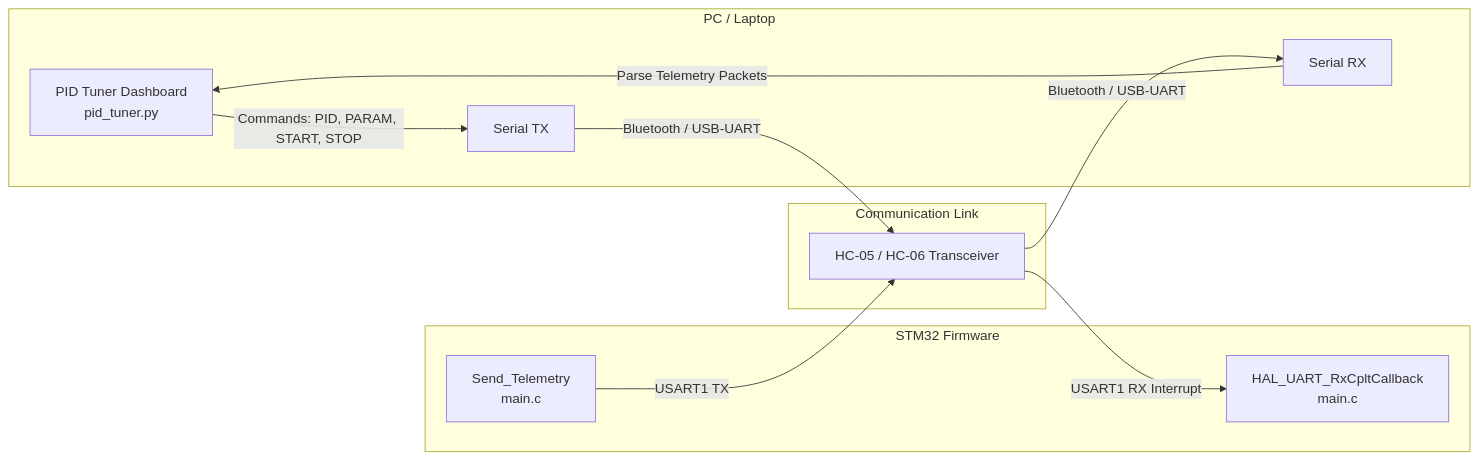
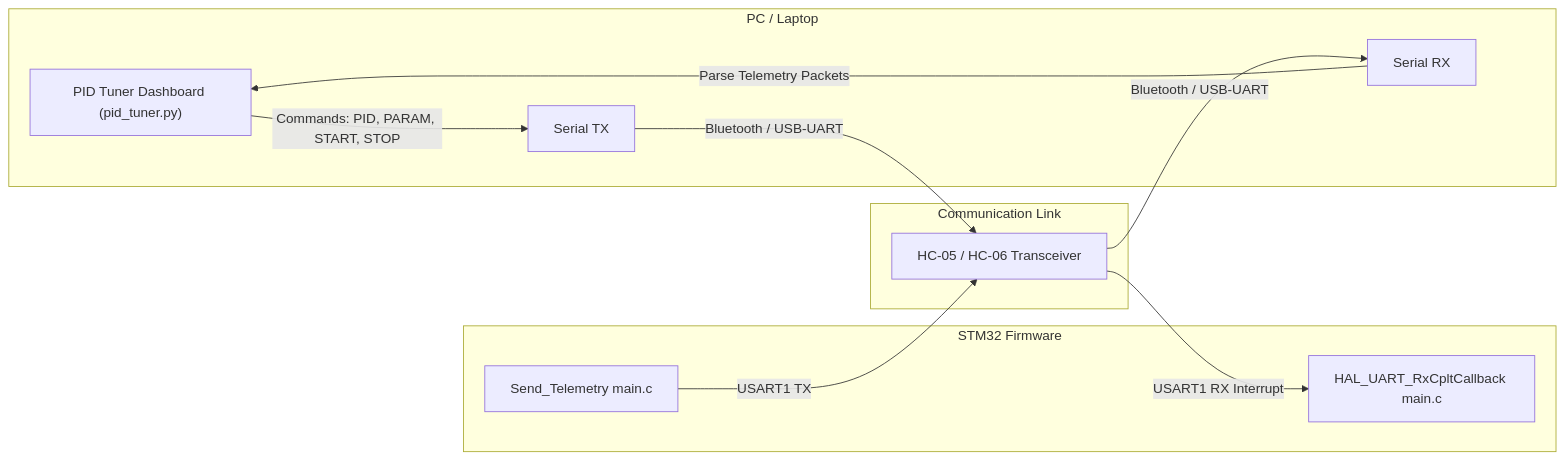
The first of 2 diagrams in docs/pid_tuner.md (git-jaishnu/line_follower), drawn with Mermaid before and after one commit. The commit also changed other lines of this file and 6 other files, not shown here.

````diff
--- a/docs/pid_tuner.md
+++ b/docs/pid_tuner.md
@@ -28,18 +28,18 @@
 ```mermaid
 flowchart LR
-    subgraph PC / Laptop
-        GUI[PID Tuner Dashboard\npid_tuner.py]
+    subgraph "PC / Laptop"
+        GUI["PID Tuner Dashboard (pid_tuner.py)"]
         GUI -->|Commands: PID, PARAM, START, STOP| SER_OUT[Serial TX]
         SER_IN[Serial RX] -->|Parse Telemetry Packets| GUI
     end
 
-    subgraph Communication Link
+    subgraph "Communication Link"
         SER_OUT -->|Bluetooth / USB-UART| BT_HW[HC-05 / HC-06 Transceiver]
         BT_HW -->|Bluetooth / USB-UART| SER_IN
     end
 
-    subgraph STM32 Firmware
-        BT_HW -->|USART1 RX Interrupt| RX_ISR[HAL_UART_RxCpltCallback\nmain.c]
-        TX_TEL[Send_Telemetry\nmain.c] -->|USART1 TX| BT_HW
+    subgraph "STM32 Firmware"
+        BT_HW -->|USART1 RX Interrupt| RX_ISR[HAL_UART_RxCpltCallback main.c]
+        TX_TEL[Send_Telemetry main.c] -->|USART1 TX| BT_HW
     end
 ```
````
